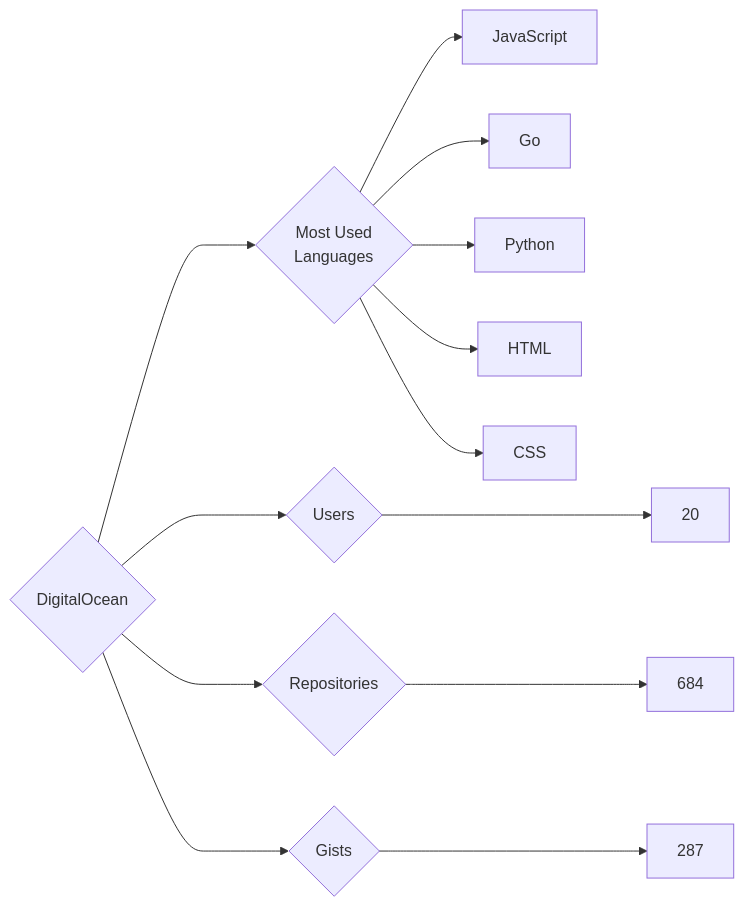
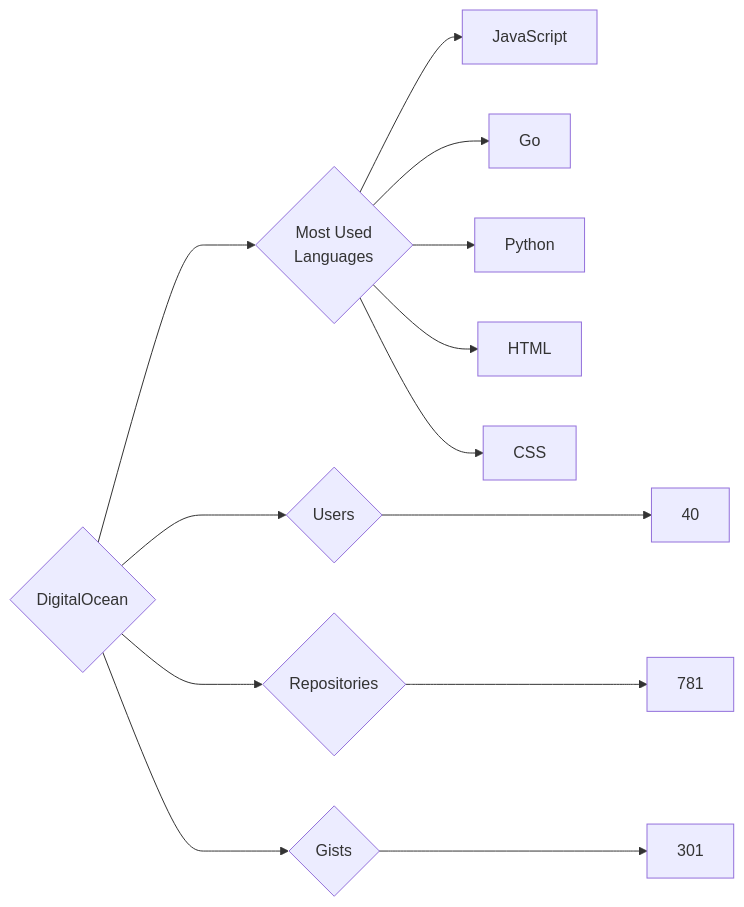
Before and after one commit to trickest/insiders: the diagram in targets/DigitalOcean/README.md, drawn with Mermaid. The commit also changed 633 other files, not shown here.

````diff
--- a/targets/DigitalOcean/README.md
+++ b/targets/DigitalOcean/README.md
@@ -3,13 +3,13 @@
 ```mermaid
 graph LR
 COMPANY_NAME{DigitalOcean}
-COMPANY_NAME ---> U{Users} ---> UN[20]
-COMPANY_NAME ---> R{Repositories} ---> RN[684]
-COMPANY_NAME ---> G{Gists} ---> GN[287]
+COMPANY_NAME ---> U{Users} ---> UN[40]
+COMPANY_NAME ---> R{Repositories} ---> RN[781]
+COMPANY_NAME ---> G{Gists} ---> GN[301]
 COMPANY_NAME ---> ML{Most Used<br>Languages}
 ML --> JavaScript[JavaScript]
 ML --> Go[Go]
 ML --> Python[Python]
 ML --> HTML[HTML]
 ML --> CSS[CSS]
 ```
````
